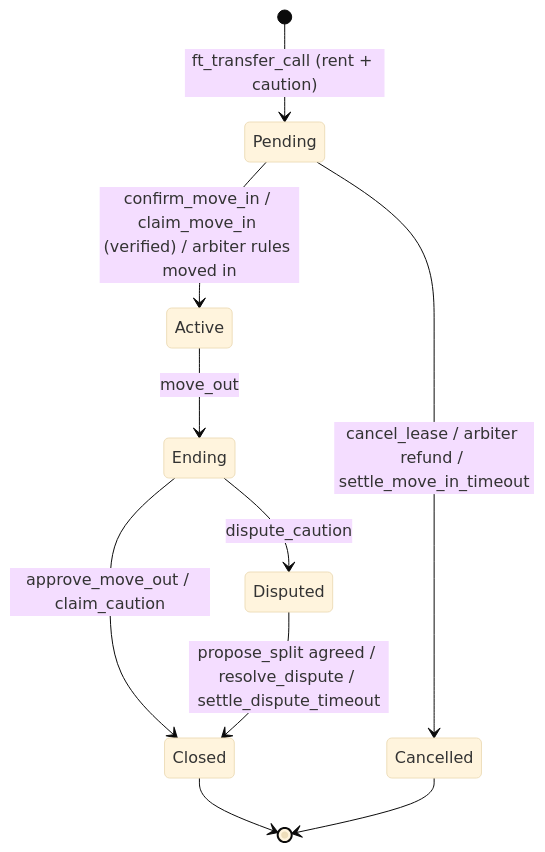
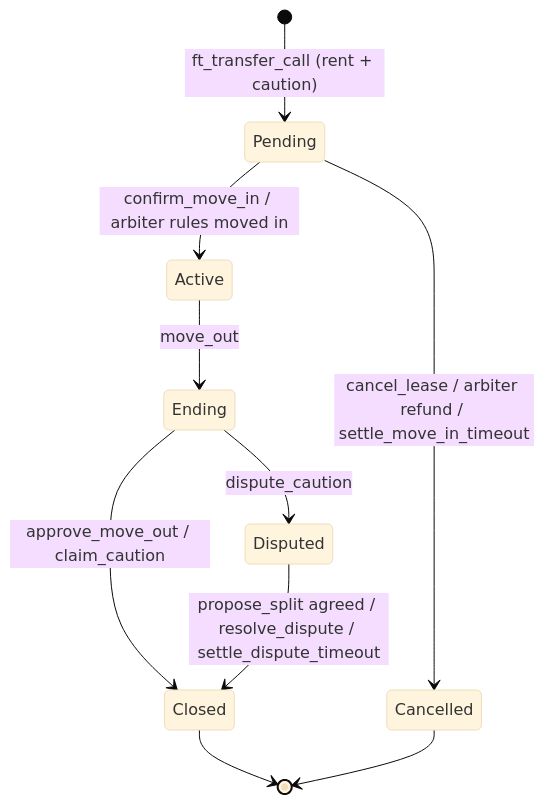
Before and after one commit to UseHandova/handova-near: the diagram in README.md, drawn with Mermaid (base theme). The commit also changed other lines of this file and 4 other files, not shown here.

````diff
--- a/README.md
+++ b/README.md
@@ -106,12 +106,12 @@
 ```mermaid
 stateDiagram-v2
     [*] --> Pending: ft_transfer_call (rent + caution)
-    Pending --> Active: confirm_move_in / claim_move_in (verified) / arbiter rules moved in
+    Pending --> Active: confirm_move_in / arbiter rules moved in
     Pending --> Cancelled: cancel_lease / arbiter refund / settle_move_in_timeout
     Active --> Ending: move_out
     Ending --> Closed: approve_move_out / claim_caution
     Ending --> Disputed: dispute_caution
     Disputed --> Closed: propose_split agreed / resolve_dispute / settle_dispute_timeout
     Closed --> [*]
     Cancelled --> [*]
 ```
````
